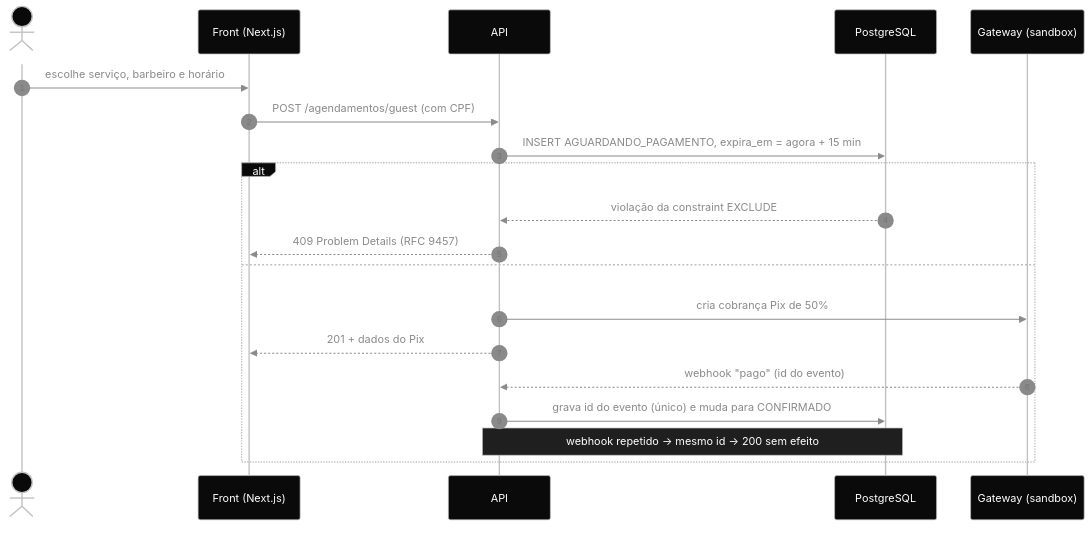
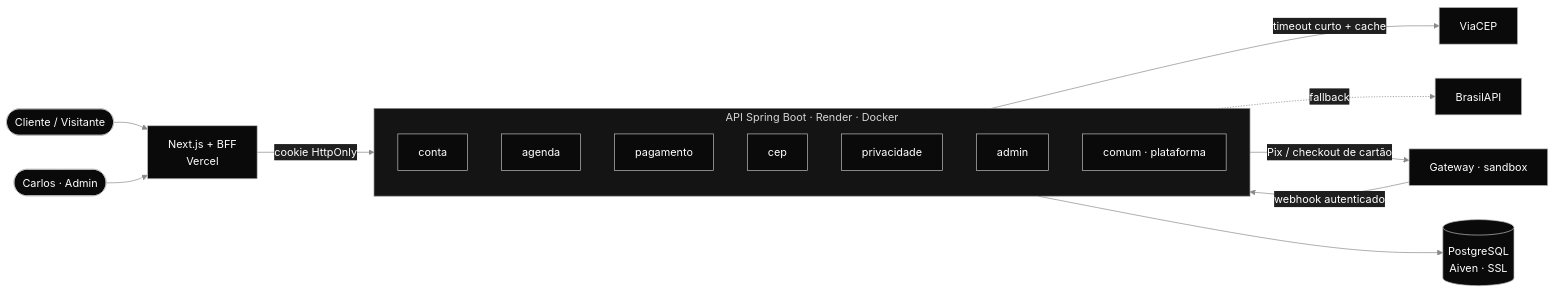
The third of 3 diagrams in README.md (k3vinrich4rd/barbearia-altas-horas), drawn with Mermaid before and after one commit. The commit also changed other lines of this file and 4 other files, not shown here.

Commit message:
docs(readme): reescreve o README com a barbearia real, checkout 100% e guia de testes enxuto

````diff
--- a/README.md
+++ b/README.md
@@ -164,23 +181,22 @@
 ```mermaid
-%%{init: {'theme':'base','themeVariables':{'primaryColor':'#0A0A0A','primaryTextColor':'#FFFFFF','primaryBorderColor':'#C0C0C0','lineColor':'#8A8A8A','actorBkg':'#0A0A0A','actorTextColor':'#FFFFFF','actorBorder':'#C0C0C0','signalColor':'#8A8A8A','signalTextColor':'#8A8A8A','noteBkgColor':'#1F1F1F','noteTextColor':'#FFFFFF','noteBorderColor':'#C0C0C0','fontFamily':'Helvetica, Arial, sans-serif'}}}%%
-sequenceDiagram
-    autonumber
-    actor G as Guest
-    participant F as Front (Next.js)
-    participant A as API
-    participant D as PostgreSQL
-    participant P as Gateway (sandbox)
-    G->>F: escolhe serviço, barbeiro e horário
-    F->>A: POST /agendamentos/guest (com CPF)
-    A->>D: INSERT AGUARDANDO_PAGAMENTO, expira_em = agora + 15 min
-    alt horário já ocupado
-        D-->>A: violação da constraint EXCLUDE
-        A-->>F: 409 Problem Details (RFC 9457)
-    else horário livre
-        A->>P: cria cobrança Pix de 50%
-        A-->>F: 201 + dados do Pix
-        P-->>A: webhook "pago" (id do evento)
-        A->>D: grava id do evento (único) e muda para CONFIRMADO
-        Note over A,D: webhook repetido → mesmo id → 200 sem efeito
+%%{init: {'theme':'base','themeVariables':{'primaryColor':'#0A0A0A','primaryTextColor':'#FFFFFF','primaryBorderColor':'#C0C0C0','lineColor':'#8A8A8A','secondaryColor':'#1F1F1F','tertiaryColor':'#2B2B2B','clusterBkg':'#141414','clusterBorder':'#8A8A8A','edgeLabelBackground':'#1F1F1F','fontFamily':'Helvetica, Arial, sans-serif'}}}%%
+flowchart LR
+    cliente([Cliente / Visitante]) --> front[Next.js + BFF<br/>Vercel]
+    barbeiro([Carlos · Admin]) --> front
+    front -- "cookie HttpOnly" --> api
+    subgraph api [API Spring Boot · Render · Docker]
+        direction TB
+        conta[conta]
+        agenda[agenda]
+        pagamento[pagamento]
+        cep[cep]
+        privacidade[privacidade]
+        admin[admin]
+        comum[comum · plataforma]
     end
+    api --> db[(PostgreSQL<br/>Aiven · SSL)]
+    cep -- "timeout curto + cache" --> viacep[ViaCEP]
+    cep -. fallback .-> brasilapi[BrasilAPI]
+    pagamento -- "Pix / checkout de cartão" --> gateway[Gateway · sandbox]
+    gateway -- "webhook autenticado" --> pagamento
 ```
````
